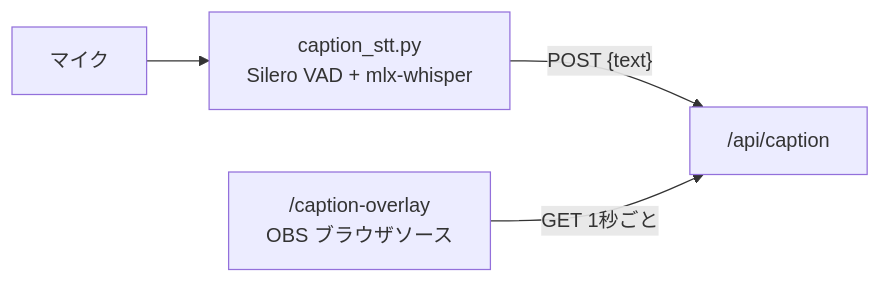
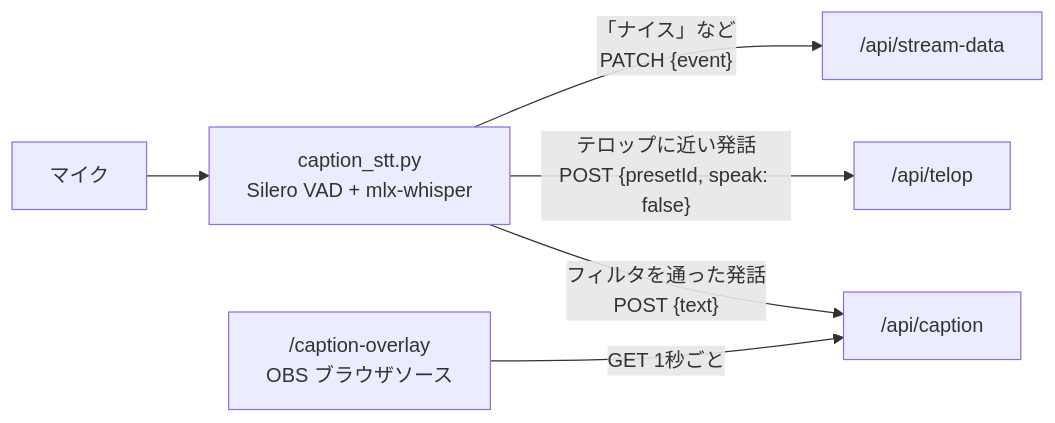
One commit to eddie-splatoon/splatoon-point-counter changed the first of 3 diagrams in README.md. Above: the diagram before and after it, drawn with Mermaid. The commit also changed other lines of this file and 12 other files, not shown here.

````diff
--- a/README.md
+++ b/README.md
@@ -58,6 +58,8 @@
 ```mermaid
 flowchart LR
     Mic[マイク] --> STT["caption_stt.py<br/>Silero VAD + mlx-whisper"]
-    STT -- "POST {text}" --> API["/api/caption"]
+    STT -- "フィルタを通った発話<br/>POST {text}" --> API["/api/caption"]
+    STT -- "テロップに近い発話<br/>POST {presetId, speak: false}" --> TELOP["/api/telop"]
+    STT -- "「ナイス」など<br/>PATCH {event}" --> SD["/api/stream-data"]
     OVL["/caption-overlay<br/>OBS ブラウザソース"] -- "GET 1秒ごと" --> API
 ```
````
